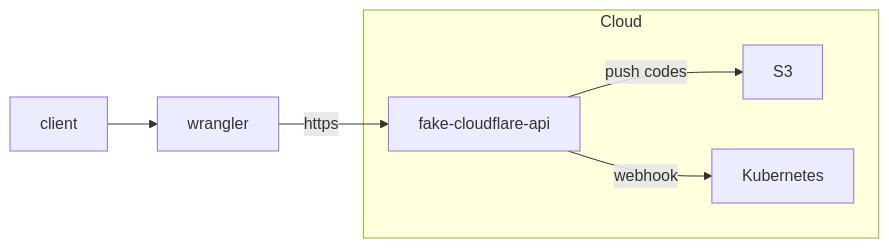
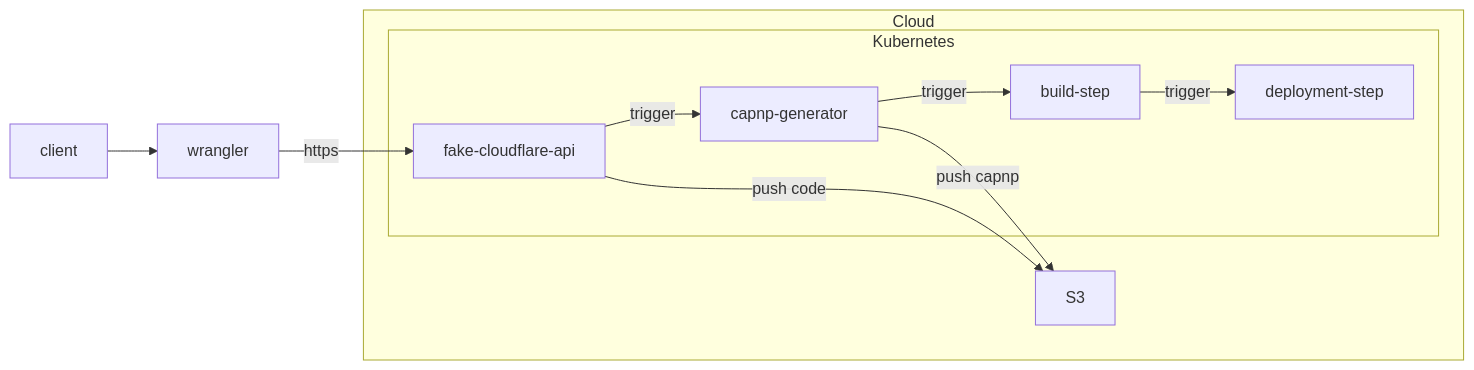
Before and after one commit to clementreiffers/fake-cloudflare-api: the diagram in README.md, drawn with Mermaid. The commit also changed 4 other files, not shown here.

````diff
--- a/README.md
+++ b/README.md
@@ -57,8 +57,13 @@
 ```mermaid
 flowchart LR
     subgraph Cloud 
-        fake-cloudflare-api --> |push codes| S3
-        fake-cloudflare-api --> |webhook| Kubernetes
+        subgraph Kubernetes
+            fake-cloudflare-api --> |trigger| capnp-generator 
+            capnp-generator --> |trigger| build-step     
+            build-step --> |trigger| deployment-step
+        end
+        fake-cloudflare-api --> |push code| S3
+        capnp-generator --> |push capnp| S3
     end
     client --> wrangler --> |https| fake-cloudflare-api
 ```
````
